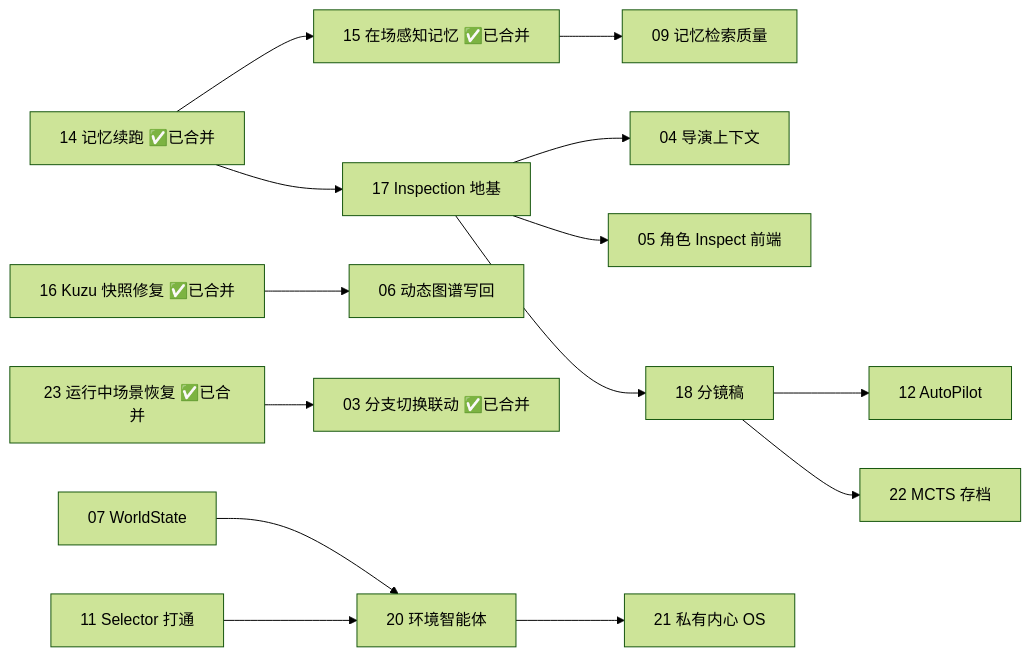
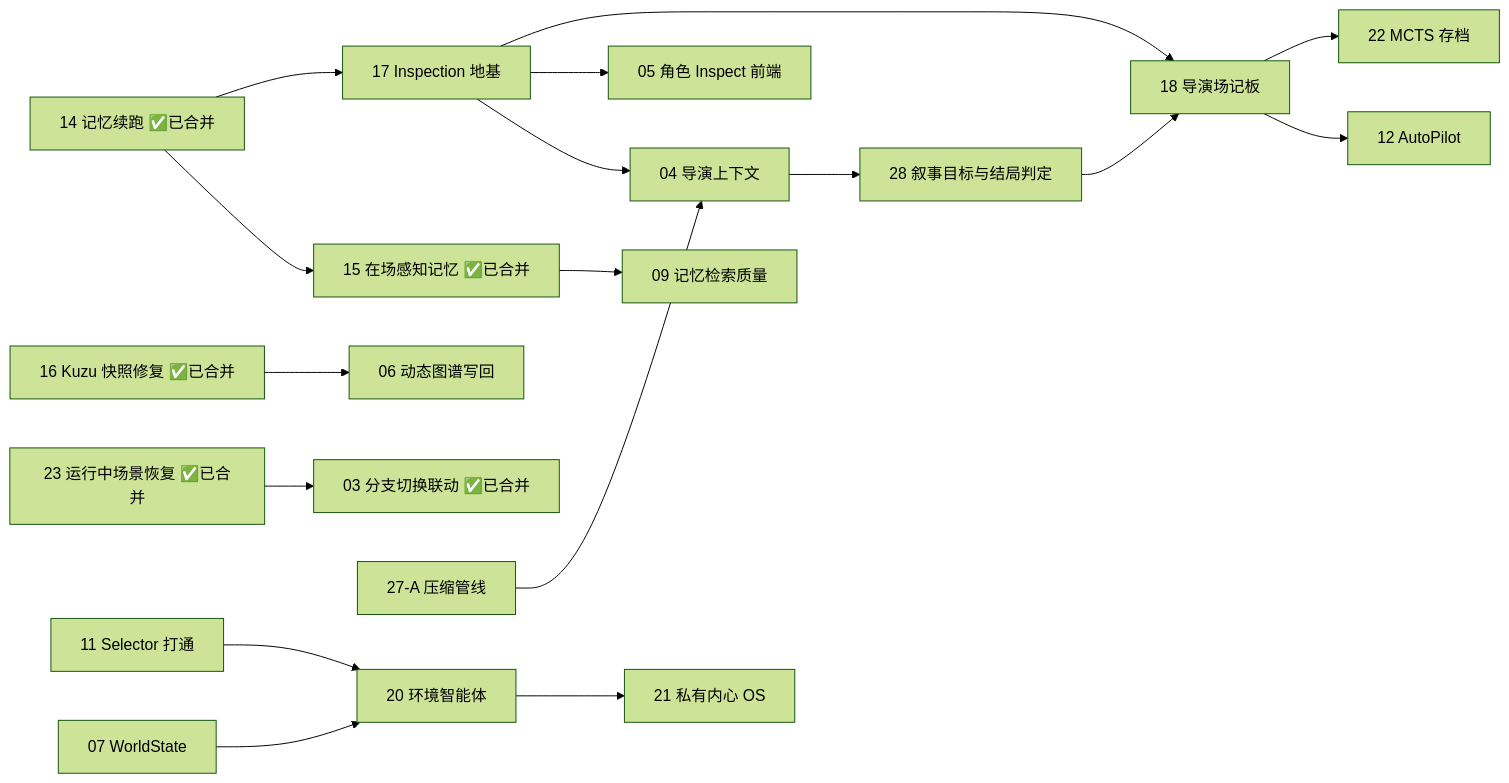
One commit to YuanPeixi/PlotSystem2 changed the diagram in docs/fix-tickets/README.md. Above: the diagram before and after it, drawn with Mermaid (forest theme). The commit also changed other lines of this file and 3 other files, not shown here.

````diff
--- a/docs/fix-tickets/README.md
+++ b/docs/fix-tickets/README.md
@@ -197,16 +207,19 @@
 ```mermaid
 graph LR
   T14[14 记忆续跑 ✅已合并] --> T15[15 在场感知记忆 ✅已合并]
   T14 --> T17[17 Inspection 地基]
   T15 --> T09[09 记忆检索质量]
   T16[16 Kuzu 快照修复 ✅已合并] --> T06[06 动态图谱写回]
   T23[23 运行中场景恢复 ✅已合并] --> T03[03 分支切换联动 ✅已合并]
   T17 --> T04[04 导演上下文]
+  T27[27-A 压缩管线] --> T04
+  T04 --> T28[28 叙事目标与结局判定]
+  T28 --> T18[18 导演场记板]
   T17 --> T05[05 角色 Inspect 前端]
-  T17 --> T18[18 分镜稿]
+  T17 --> T18
   T18 --> T12[12 AutoPilot]
   T18 --> T22[22 MCTS 存档]
   T07[07 WorldState] --> T20[20 环境智能体]
   T11[11 Selector 打通] --> T20
   T20 --> T21[21 私有内心 OS]
 ```
````
